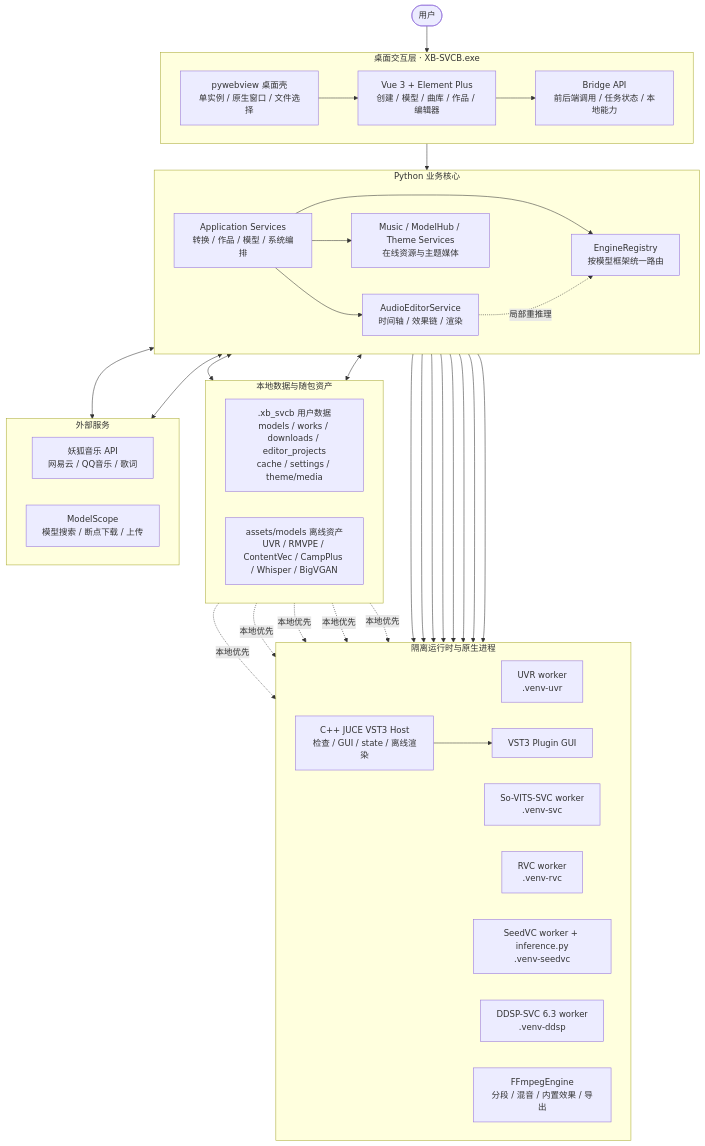
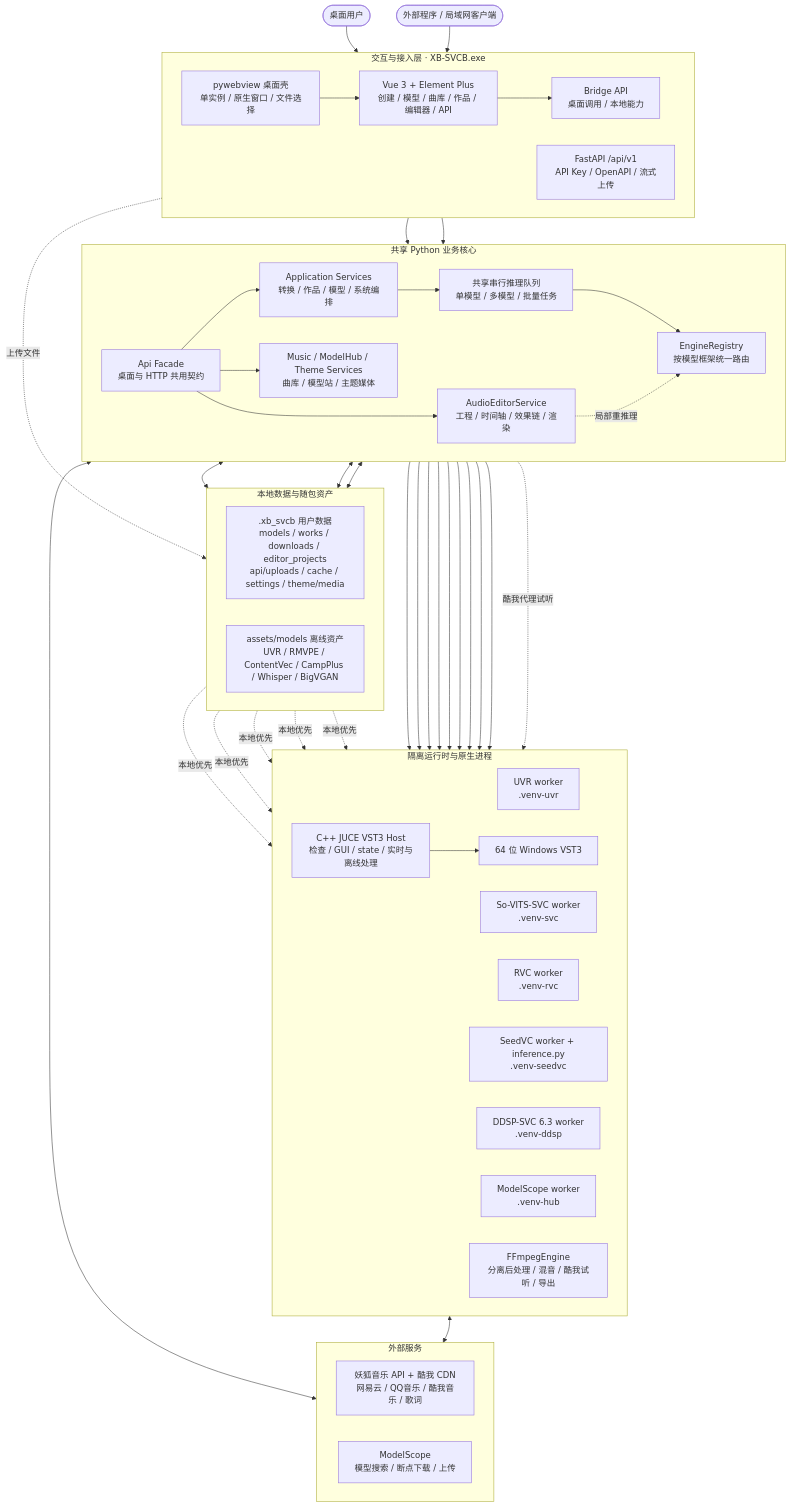
The first of 3 diagrams in README.md (SDIJF1521/xb-svcb), drawn with Mermaid before and after one commit. The commit also changed other lines of this file and 6 other files, not shown here.

Commit message:
v0.0.23 · 完整外部 API + 酷我音乐

````diff
--- a/README.md
+++ b/README.md
@@ -101,69 +101,81 @@
 ```mermaid
 flowchart TB
-    USER([用户])
+    DESKTOP_USER([桌面用户])
+    API_CLIENT([外部程序 / 局域网客户端])
 
-    subgraph DESKTOP["桌面交互层 · XB-SVCB.exe"]
+    subgraph ENTRY["交互与接入层 · XB-SVCB.exe"]
         direction LR
         SHELL["pywebview 桌面壳<br/>单实例 / 原生窗口 / 文件选择"]
-        WEB["Vue 3 + Element Plus<br/>创建 / 模型 / 曲库 / 作品 / 编辑器"]
-        BRIDGE["Bridge API<br/>前后端调用 / 任务状态 / 本地能力"]
+        WEB["Vue 3 + Element Plus<br/>创建 / 模型 / 曲库 / 作品 / 编辑器 / API"]
+        BRIDGE["Bridge API<br/>桌面调用 / 本地能力"]
+        HTTP["FastAPI /api/v1<br/>API Key / OpenAPI / 流式上传"]
         SHELL --> WEB --> BRIDGE
     end
 
-    subgraph CORE["Python 业务核心"]
+    subgraph CORE["共享 Python 业务核心"]
         direction LR
+        FACADE["Api Facade<br/>桌面与 HTTP 共用契约"]
         APP["Application Services<br/>转换 / 作品 / 模型 / 系统编排"]
+        QUEUE["共享串行推理队列<br/>单模型 / 多模型 / 批量任务"]
         ROUTER["EngineRegistry<br/>按模型框架统一路由"]
-        EDITOR["AudioEditorService<br/>时间轴 / 效果链 / 渲染"]
-        CONNECT["Music / ModelHub / Theme Services<br/>在线资源与主题媒体"]
-        APP --> ROUTER
-        APP --> EDITOR
-        APP --> CONNECT
+        EDITOR["AudioEditorService<br/>工程 / 时间轴 / 效果链 / 渲染"]
+        CONNECT["Music / ModelHub / Theme Services<br/>曲库 / 模型站 / 主题媒体"]
+        FACADE --> APP
+        FACADE --> EDITOR
+        FACADE --> CONNECT
+        APP --> QUEUE --> ROUTER
     end
 
     subgraph RUNTIME["隔离运行时与原生进程"]
         direction LR
         UVR["UVR worker<br/>.venv-uvr"]
         SVC["So-VITS-SVC worker<br/>.venv-svc"]
         RVC["RVC worker<br/>.venv-rvc"]
         SEED["SeedVC worker + inference.py<br/>.venv-seedvc"]
         DDSP["DDSP-SVC 6.3 worker<br/>.venv-ddsp"]
-        FFMPEG["FFmpegEngine<br/>分段 / 混音 / 内置效果 / 导出"]
-        JUCE["C++ JUCE VST3 Host<br/>检查 / GUI / state / 离线渲染"]
-        VST["VST3 Plugin GUI"]
+        HUBWORKER["ModelScope worker<br/>.venv-hub"]
+        FFMPEG["FFmpegEngine<br/>分离后处理 / 混音 / 酷我试听 / 导出"]
+        JUCE["C++ JUCE VST3 Host<br/>检查 / GUI / state / 实时与离线处理"]
+        VST["64 位 Windows VST3"]
         JUCE --> VST
     end
 
     subgraph STORAGE["本地数据与随包资产"]
         direction LR
-        DATA[".xb_svcb 用户数据<br/>models / works / downloads / editor_projects<br/>cache / settings / theme/media"]
+        DATA[".xb_svcb 用户数据<br/>models / works / downloads / editor_projects<br/>api/uploads / cache / settings / theme/media"]
         ASSETS["assets/models 离线资产<br/>UVR / RMVPE / ContentVec / CampPlus / Whisper / BigVGAN"]
     end
 
     subgraph ONLINE["外部服务"]
         direction LR
-        MUSIC["妖狐音乐 API<br/>网易云 / QQ音乐 / 歌词"]
+        MUSIC["妖狐音乐 API + 酷我 CDN<br/>网易云 / QQ音乐 / 酷我音乐 / 歌词"]
         HUB["ModelScope<br/>模型搜索 / 断点下载 / 上传"]
     end
 
-    USER --> SHELL
-    BRIDGE --> APP
+    DESKTOP_USER --> SHELL
+    API_CLIENT --> HTTP
+    BRIDGE --> FACADE
+    HTTP --> FACADE
     APP --> UVR
     APP --> FFMPEG
     ROUTER --> SVC
     ROUTER --> RVC
     ROUTER --> SEED
     ROUTER --> DDSP
     EDITOR --> FFMPEG
     EDITOR --> JUCE
     EDITOR -. 局部重推理 .-> ROUTER
+    CONNECT --> HUBWORKER
+    HUBWORKER <--> HUB
+    CONNECT <--> MUSIC
+    CONNECT -. 酷我代理试听 .-> FFMPEG
     APP <--> DATA
+    EDITOR <--> DATA
     CONNECT <--> DATA
-    CONNECT <--> MUSIC
-    CONNECT <--> HUB
+    HTTP -. 上传文件 .-> DATA
     ASSETS -. 本地优先 .-> UVR
     ASSETS -. 本地优先 .-> SVC
     ASSETS -. 本地优先 .-> RVC
     ASSETS -. 本地优先 .-> SEED
     ASSETS -. 本地优先 .-> DDSP
 ```
````
